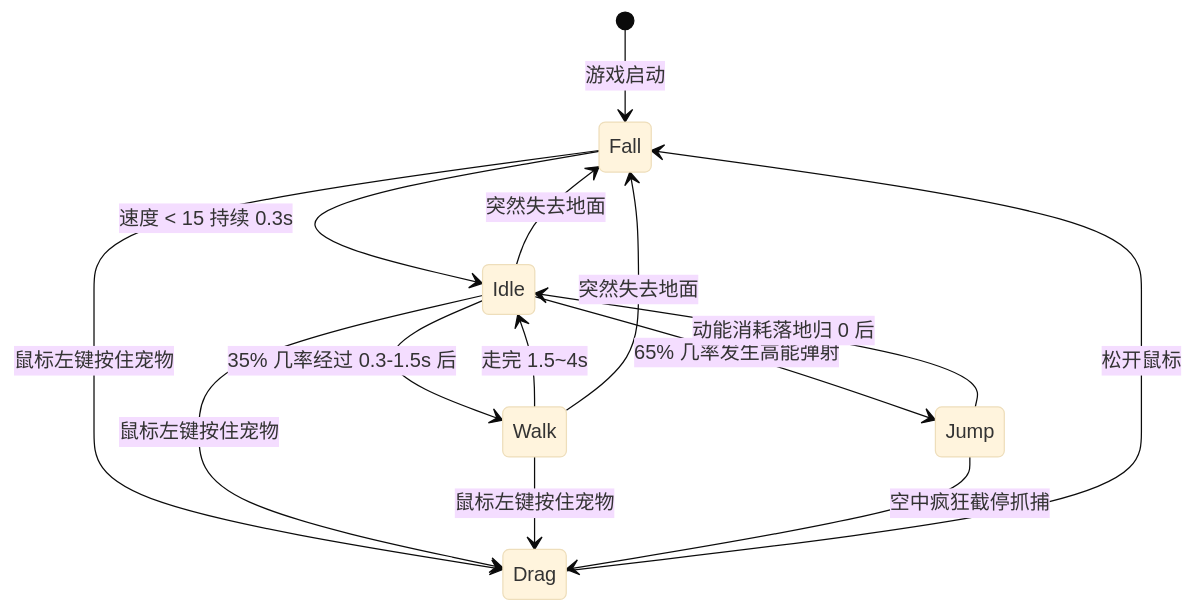
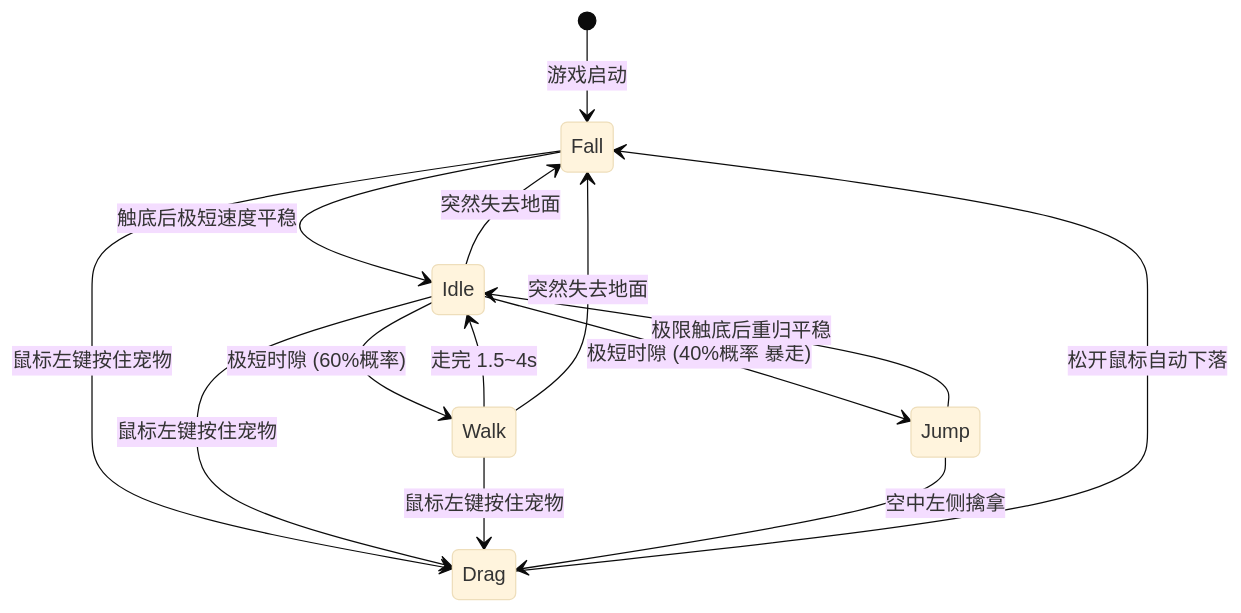
Before and after one commit to NightMin2002/GodotDesktopPet: the diagram in docs/01_项目结构.md, drawn with Mermaid (base theme). The commit also changed other lines of this file and 3 other files, not shown here.

````diff
--- a/docs/01_项目结构.md
+++ b/docs/01_项目结构.md
@@ -75,21 +73,21 @@
 ```mermaid
 stateDiagram-v2
     [*] --> Fall : 游戏启动
 
-    Fall --> Idle : 速度 < 15 持续 0.3s
+    Fall --> Idle : 触底后极短速度平稳
     Fall --> Drag : 鼠标左键按住宠物
 
-    Idle --> Walk : 35% 几率经过 0.3-1.5s 后
-    Idle --> Jump : 65% 几率发生高能弹射
+    Idle --> Walk : 极短时隙 (60%概率)
+    Idle --> Jump : 极短时隙 (40%概率 暴走)
     Idle --> Drag : 鼠标左键按住宠物
     Idle --> Fall : 突然失去地面
 
     Walk --> Idle : 走完 1.5~4s
     Walk --> Drag : 鼠标左键按住宠物
     Walk --> Fall : 突然失去地面
-    
-    Jump --> Idle : 动能消耗落地归 0 后
-    Jump --> Drag : 空中疯狂截停抓捕
 
-    Drag --> Fall : 松开鼠标
+    Jump --> Idle : 极限触底后重归平稳
+    Jump --> Drag : 空中左侧擒拿
+
+    Drag --> Fall : 松开鼠标自动下落
 ```
````
